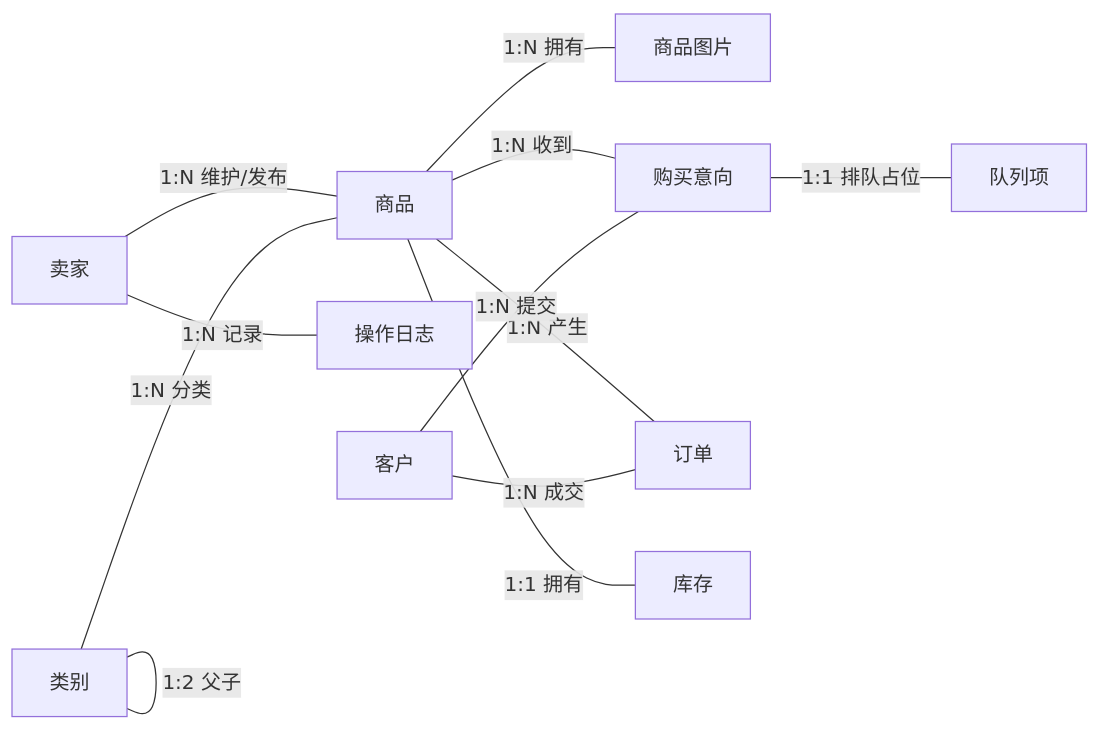
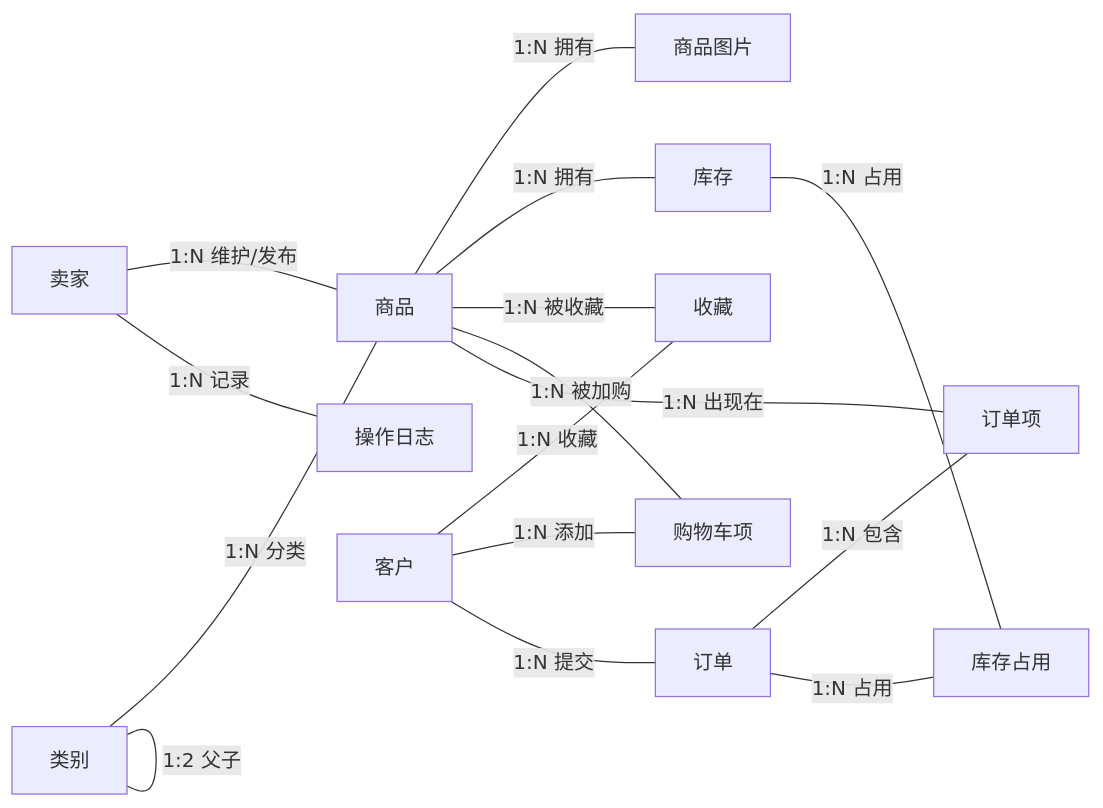
One commit to tyq-arch/single-merchant-shop-9 changed the sixth of 6 diagrams in Requirement Analysis/需求规格说明书-更新版.md. Above: the diagram before and after it, drawn with Mermaid. The commit also changed other lines of this file, not shown here.

````diff
--- a/Requirement Analysis/需求规格说明书-更新版.md
+++ b/Requirement Analysis/需求规格说明书-更新版.md
@@ -465,14 +405,18 @@
 ```mermaid
 flowchart LR
     SELLER[卖家] ---|1:N 维护/发布| PRODUCT[商品]
     SELLER ---|1:N 记录| OPERATION_LOG[操作日志]
     CATEGORY[类别] ---|1:N 分类| PRODUCT
     CATEGORY ---|1:2 父子| CATEGORY
     PRODUCT ---|1:N 拥有| PRODUCT_IMAGE[商品图片]
-    PRODUCT ---|1:N 收到| INTENT[购买意向]
-    PRODUCT ---|1:N 产生| ORDER[订单]
-    PRODUCT ---|1:1 拥有| INVENTORY[库存]
-    CUSTOMER[客户] ---|1:N 提交| INTENT
-    CUSTOMER ---|1:N 成交| ORDER
-    INTENT ---|1:1 排队占位| QUEUE_ITEM[队列项]
+    PRODUCT ---|1:N 拥有| INVENTORY[库存]
+    CUSTOMER[客户] ---|1:N 收藏| FAVORITE[收藏]
+    CUSTOMER ---|1:N 添加| CART_ITEM[购物车项]
+    PRODUCT ---|1:N 被收藏| FAVORITE
+    PRODUCT ---|1:N 被加购| CART_ITEM
+    CUSTOMER ---|1:N 提交| ORDER[订单]
+    ORDER ---|1:N 包含| ORDER_ITEM[订单项]
+    PRODUCT ---|1:N 出现在| ORDER_ITEM
+    INVENTORY ---|1:N 占用| STOCK_RESERVATION[库存占用]
+    ORDER ---|1:N 占用| STOCK_RESERVATION
 ```
````
